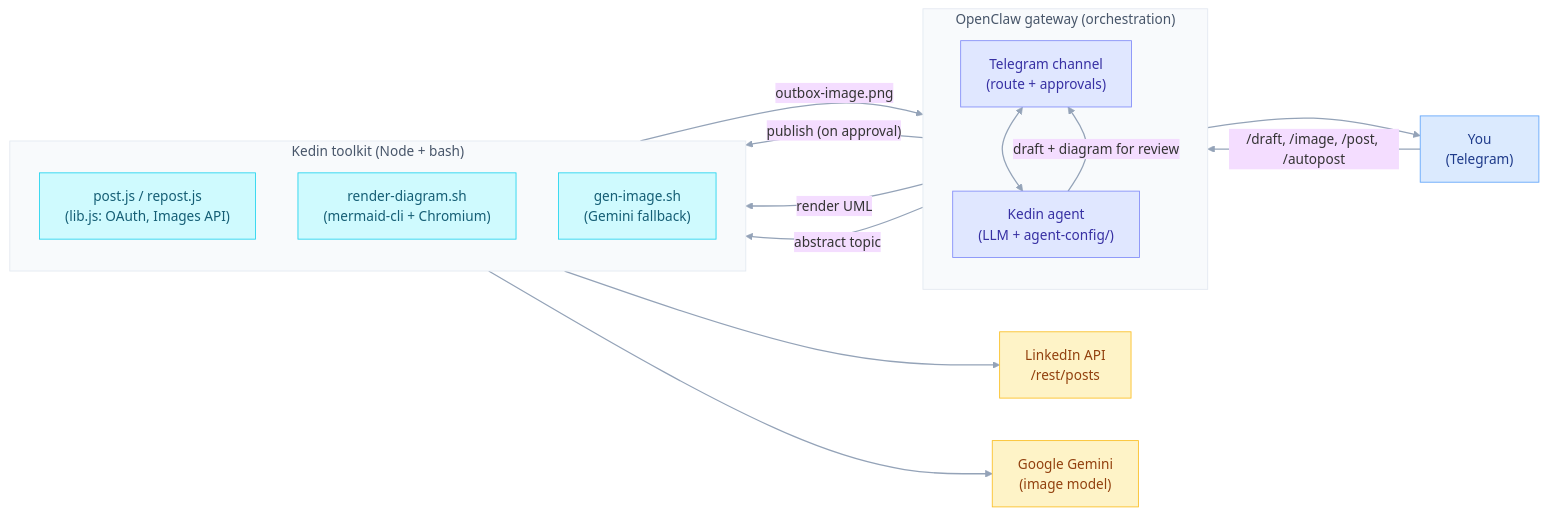
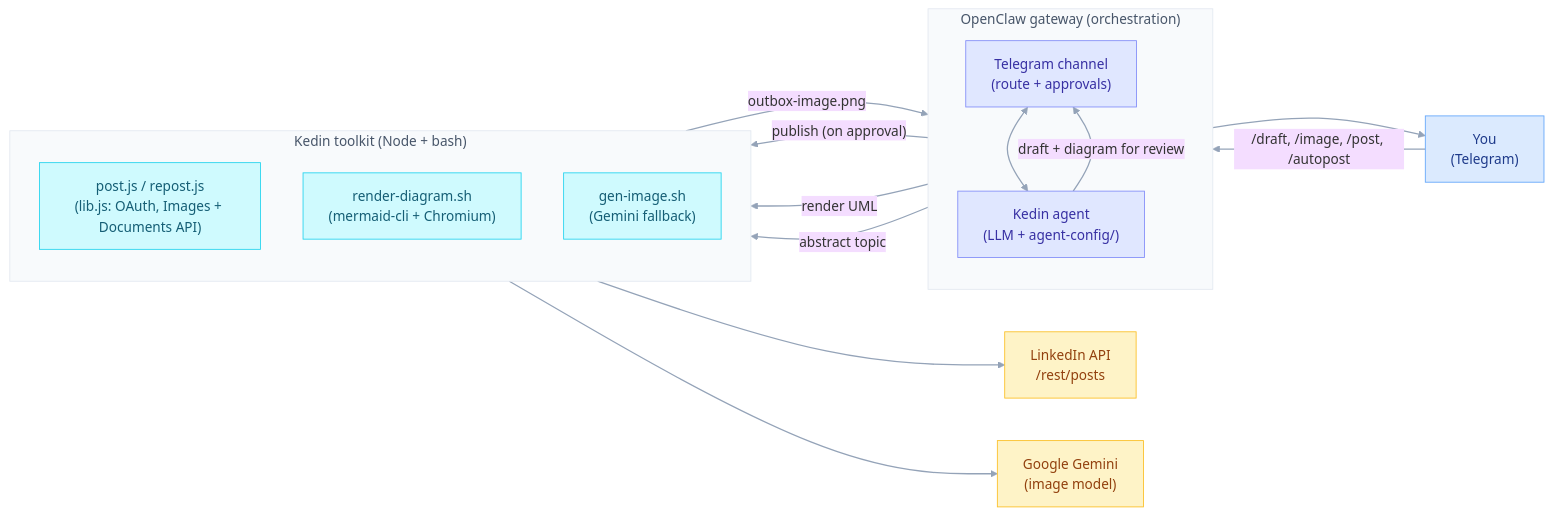
One commit to mairp/kedin changed the diagram in README.md. Above: the diagram before and after it, drawn with Mermaid (base theme). The commit also changed other lines of this file and 3 other files, not shown here.

First line of the commit message:
Support attaching a PDF to a post via the LinkedIn Documents API

````diff
--- a/README.md
+++ b/README.md
@@ -38,38 +38,38 @@
 ```mermaid
 flowchart LR
     U["You<br/>(Telegram)"]:::user
 
     subgraph OC["OpenClaw gateway (orchestration)"]
         direction TB
         CH["Telegram channel<br/>(route + approvals)"]:::oc
         AG["Kedin agent<br/>(LLM + agent-config/)"]:::oc
         CH <--> AG
     end
 
     subgraph TK["Kedin toolkit (Node + bash)"]
         direction TB
-        POST["post.js / repost.js<br/>(lib.js: OAuth, Images API)"]:::tool
+        POST["post.js / repost.js<br/>(lib.js: OAuth, Images + Documents API)"]:::tool
         REND["render-diagram.sh<br/>(mermaid-cli + Chromium)"]:::tool
         GEN["gen-image.sh<br/>(Gemini fallback)"]:::tool
     end
 
     LI["LinkedIn API<br/>/rest/posts"]:::ext
     GG["Google Gemini<br/>(image model)"]:::ext
 
     U -- "/draft, /image, /post, /autopost" --> CH
     AG -- "draft + diagram for review" --> CH --> U
     AG -- "publish (on approval)" --> POST --> LI
     AG -- "render UML" --> REND
     AG -- "abstract topic" --> GEN --> GG
     REND -- "outbox-image.png" --> AG
 
     %% Harmonious soft palette: cool blue → indigo → teal, with one warm amber accent; dark legible text.
     classDef user fill:#dbeafe,stroke:#60a5fa,color:#1e3a8a
     classDef oc   fill:#e0e7ff,stroke:#818cf8,color:#3730a3
     classDef tool fill:#cffafe,stroke:#22d3ee,color:#155e75
     classDef ext  fill:#fef3c7,stroke:#fbbf24,color:#92400e
 
     style OC fill:#f8fafc,stroke:#e2e8f0,color:#475569
     style TK fill:#f8fafc,stroke:#e2e8f0,color:#475569
     linkStyle default stroke:#94a3b8,stroke-width:1.5px
 ```
````
